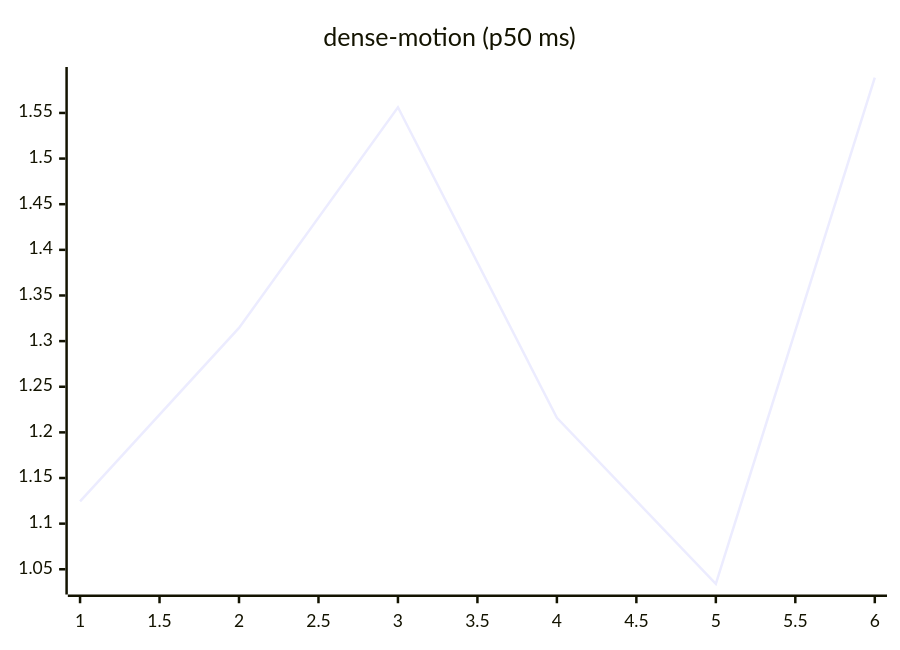
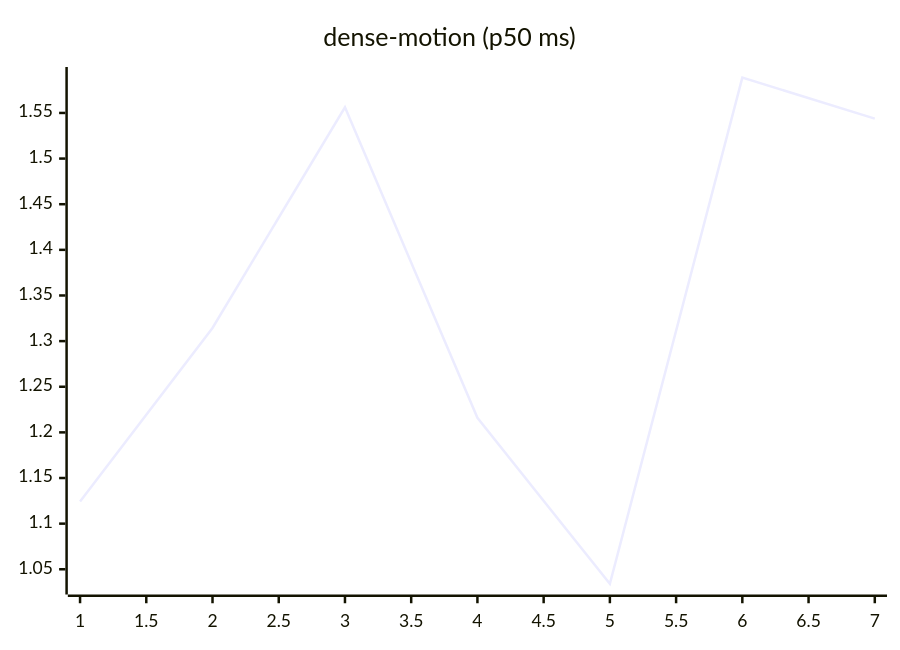
The ninth of 27 diagrams in README.md (josha/Facet), drawn with Mermaid before and after one commit. The commit also changed other lines of this file and 2 other files, not shown here.

````diff
--- a/README.md
+++ b/README.md
@@ -119,6 +119,6 @@
 ```mermaid
 xychart-beta
     title "dense-motion (p50 ms)"
-    x-axis 1 --> 6
-    line [1.1243, 1.3144, 1.5562, 1.2159, 1.0340, 1.5887]
+    x-axis 1 --> 7
+    line [1.1243, 1.3144, 1.5562, 1.2159, 1.0340, 1.5887, 1.5438]
 ```
````
